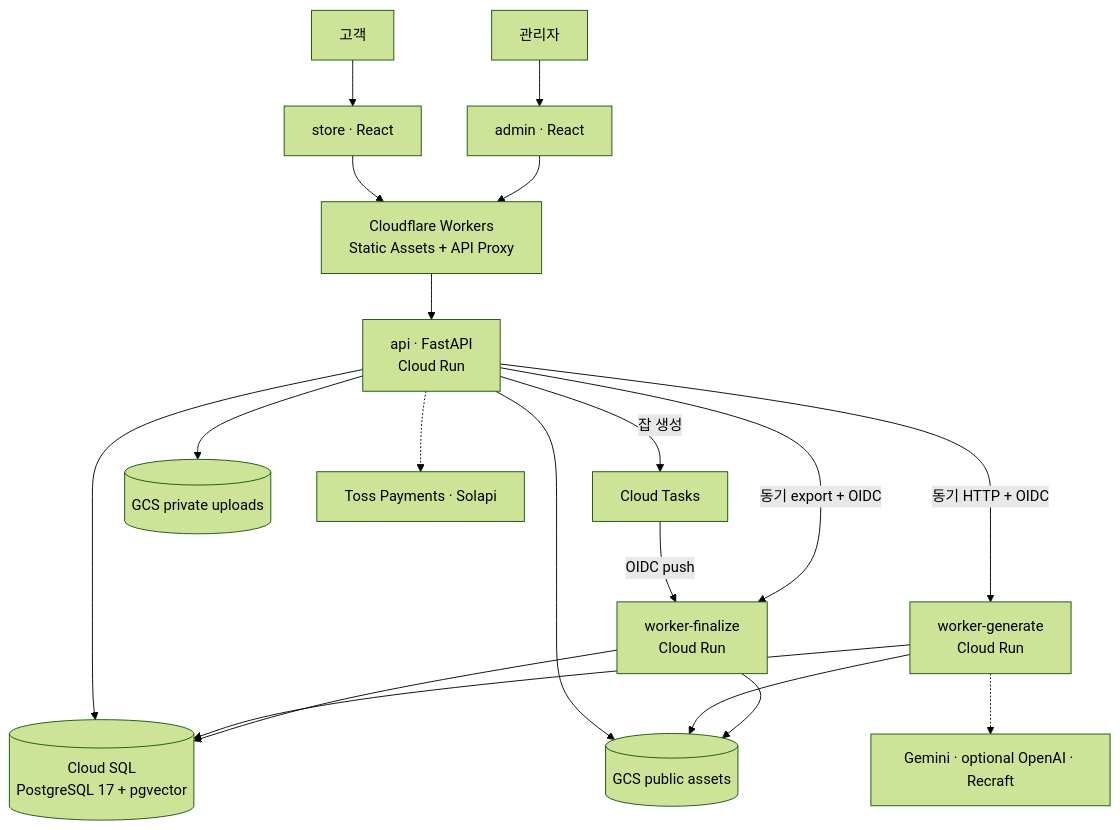
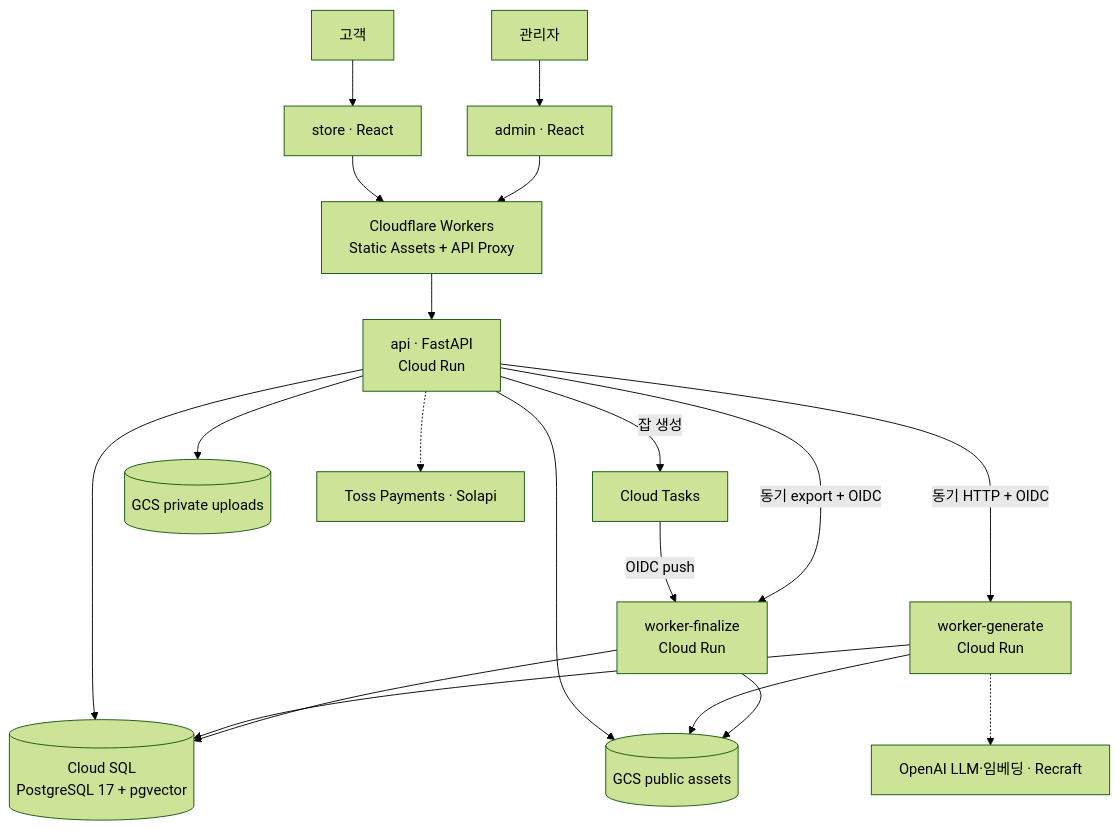
Before and after one commit to Bongseop-Kim/essesion: the second of 2 diagrams in README.md, drawn with Mermaid (forest theme). The commit also changed other lines of this file and 56 other files, not shown here.

First line of the commit message:
Migrate worker LLM and embeddings to OpenAI

````diff
--- a/README.md
+++ b/README.md
@@ -74,24 +74,24 @@
 ```mermaid
 flowchart TB
     Customer[고객] --> Store[store · React]
     Operator[관리자] --> Admin[admin · React]
     Store --> Edge[Cloudflare Workers<br/>Static Assets + API Proxy]
     Admin --> Edge
     Edge --> API[api · FastAPI<br/>Cloud Run]
 
     API -->|동기 HTTP + OIDC| Generate[worker-generate<br/>Cloud Run]
     API -->|잡 생성| Tasks[Cloud Tasks]
     Tasks -->|OIDC push| Finalize[worker-finalize<br/>Cloud Run]
     API -->|동기 export + OIDC| Finalize
 
     API --> SQL[(Cloud SQL<br/>PostgreSQL 17 + pgvector)]
     Generate --> SQL
     Finalize --> SQL
     API --> Private[(GCS private uploads)]
     API --> Public[(GCS public assets)]
     Generate --> Public
     Finalize --> Public
 
-    Generate -.-> AI[Gemini · optional OpenAI · Recraft]
+    Generate -.-> AI[OpenAI LLM·임베딩 · Recraft]
     API -.-> External[Toss Payments · Solapi]
 ```
````
